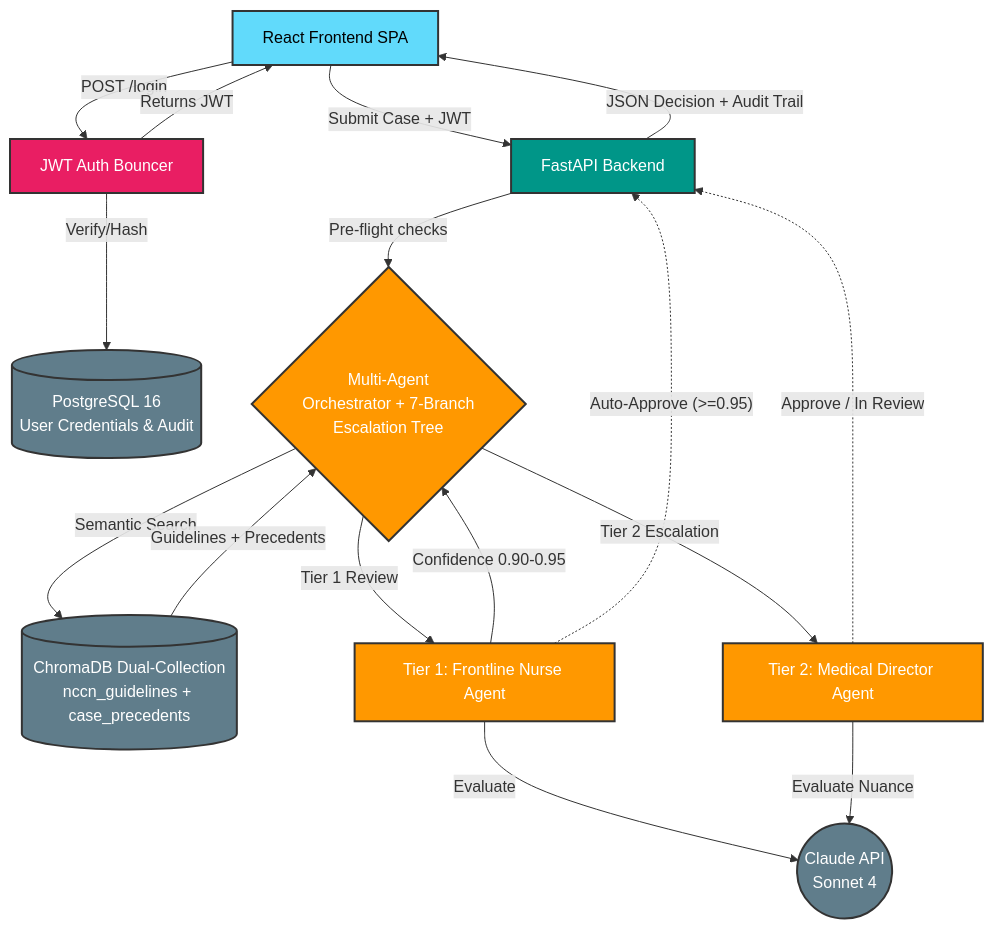
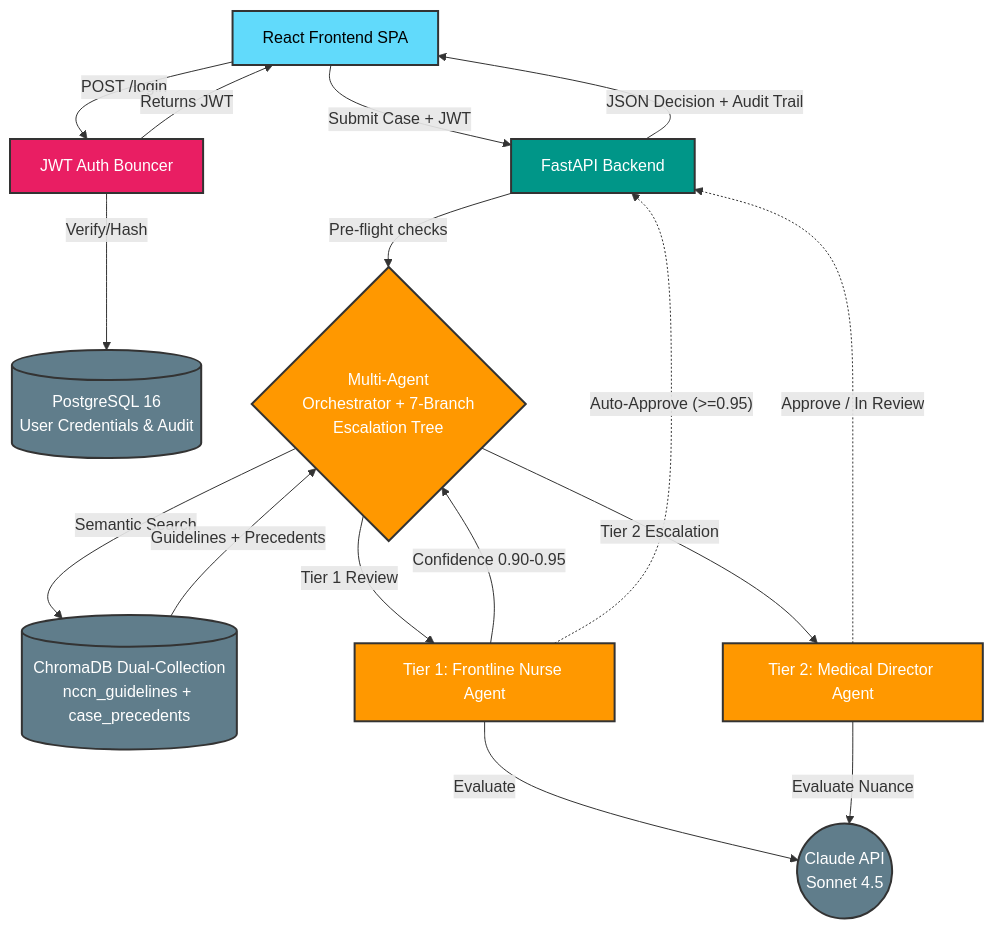
Before and after one commit to drdgreed/pacca: the first of 5 diagrams in README.md, drawn with Mermaid. The commit also changed other lines of this file and 4 other files, not shown here.

````diff
--- a/README.md
+++ b/README.md
@@ -82,39 +82,39 @@
 ```mermaid
 graph TD
     classDef frontend fill:#61dafb,stroke:#333,stroke-width:2px,color:#000
     classDef backend fill:#009688,stroke:#333,stroke-width:2px,color:#fff
     classDef auth fill:#e91e63,stroke:#333,stroke-width:2px,color:#fff
     classDef agent fill:#ff9800,stroke:#333,stroke-width:2px,color:#fff
     classDef database fill:#607d8b,stroke:#333,stroke-width:2px,color:#fff
 
     React[React Frontend SPA]:::frontend
     Auth[JWT Auth Bouncer]:::auth
     API[FastAPI Backend]:::backend
 
     SQL[(PostgreSQL 16<br/>User Credentials & Audit)]:::database
     Chroma[(ChromaDB Dual-Collection<br/>nccn_guidelines + case_precedents)]:::database
 
     Orchestrator{Multi-Agent<br/>Orchestrator + 7-Branch<br/>Escalation Tree}:::agent
     Agent1[Tier 1: Frontline Nurse Agent]:::agent
     Agent2[Tier 2: Medical Director Agent]:::agent
-    LLM((Claude API<br/>Sonnet 4)):::database
+    LLM((Claude API<br/>Sonnet 4.5)):::database
 
     React -- "POST /login" --> Auth
     Auth -- "Verify/Hash" --> SQL
     Auth -- "Returns JWT" --> React
 
     React -- "Submit Case + JWT" --> API
     API -- "Pre-flight checks" --> Orchestrator
     Orchestrator -- "Semantic Search" --> Chroma
     Chroma -- "Guidelines + Precedents" --> Orchestrator
 
     Orchestrator -- "Tier 1 Review" --> Agent1
     Agent1 -- "Evaluate" --> LLM
     Agent1 -- "Confidence 0.90-0.95" --> Orchestrator
     Orchestrator -- "Tier 2 Escalation" --> Agent2
     Agent2 -- "Evaluate Nuance" --> LLM
 
     Agent1 -. "Auto-Approve (>=0.95)" .-> API
     Agent2 -. "Approve / In Review" .-> API
     API -- "JSON Decision + Audit Trail" --> React
 ```
````
